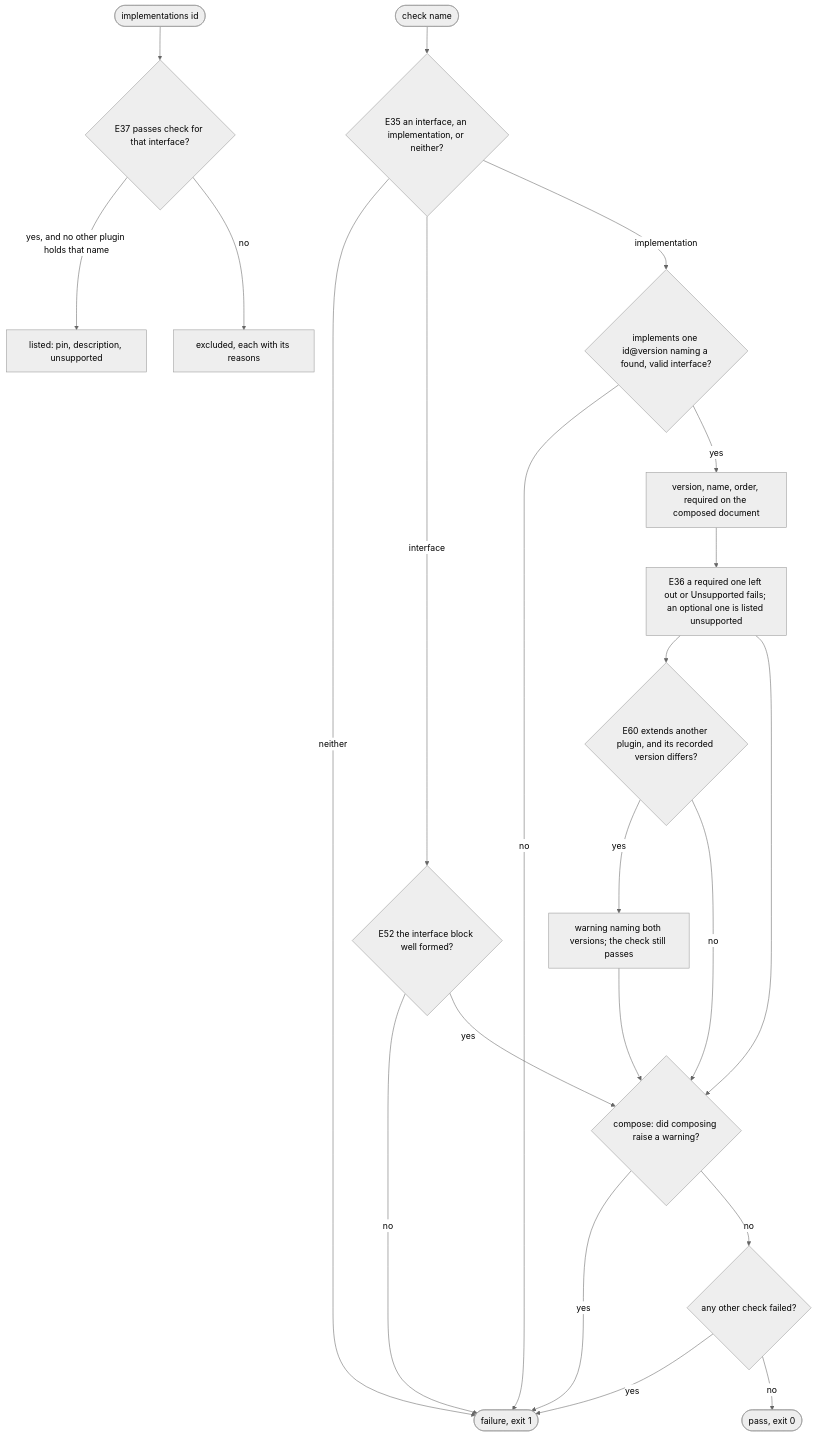
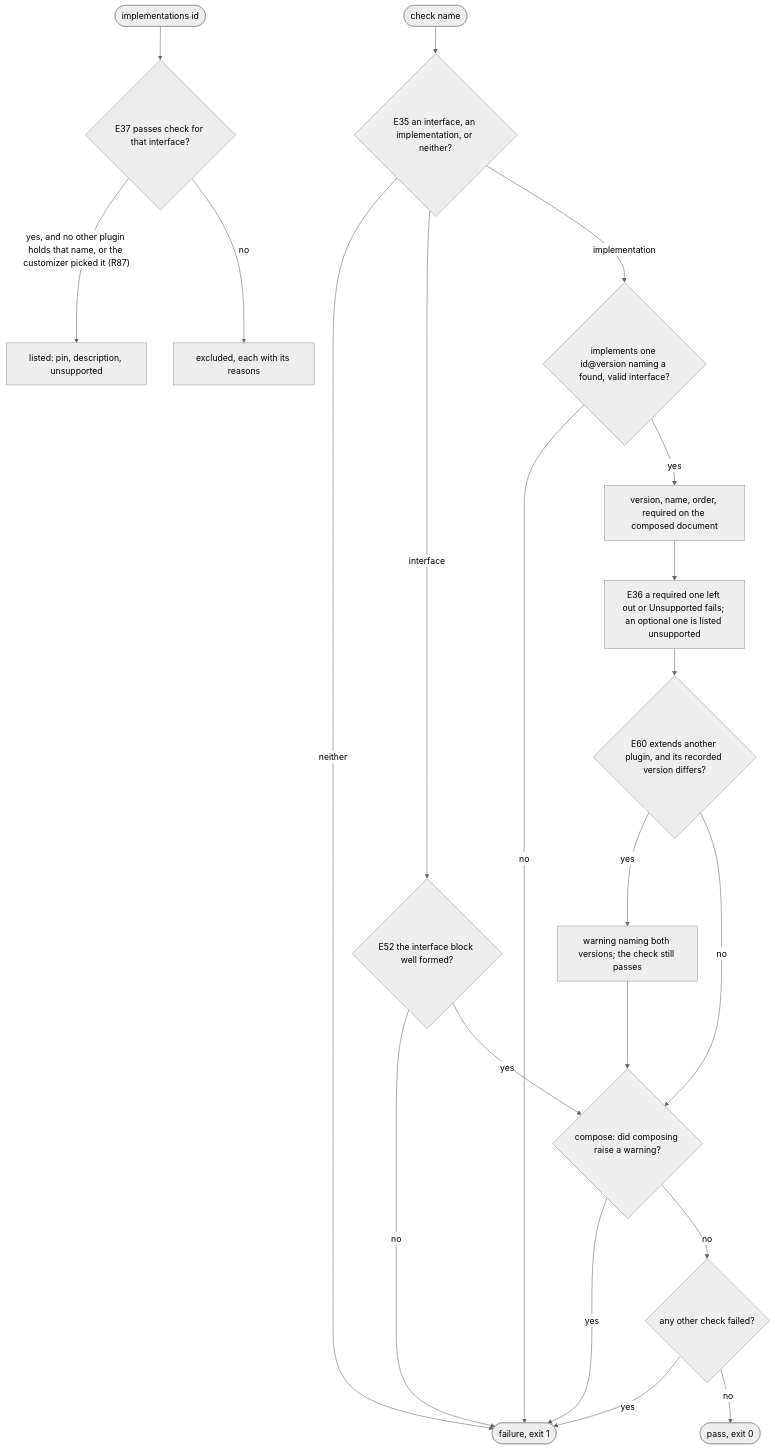
The diagram in packages/cyber-agentkit/.agents/spec/reference/interfaces/graph.md (cyber-uni/cyber-agentkit), drawn with Mermaid (neutral theme) before and after one commit. The commit also changed 9 other files, not shown here.

````diff
--- a/packages/cyber-agentkit/.agents/spec/reference/interfaces/graph.md
+++ b/packages/cyber-agentkit/.agents/spec/reference/interfaces/graph.md
@@ -8,24 +8,24 @@
 ```mermaid
 flowchart TD
   k([check name]) --> kind{"E35 an interface, an implementation, or neither?"}
   kind -->|neither| kf([failure, exit 1])
   kind -->|interface| shape{"E52 the interface block well formed?"}
   shape -->|no| kf
   shape -->|yes| comp
   kind -->|implementation| found{"implements one id@version naming a found, valid interface?"}
   found -->|no| kf
   found -->|yes| checks["version, name, order, required on the composed document"]
   checks --> sections["E36 a required one left out or Unsupported fails; an optional one is listed unsupported"]
   sections --> base{"E60 extends another plugin, and its recorded version differs?"}
   base -->|yes| bw["warning naming both versions; the check still passes"]
   base -->|no| comp
   bw --> comp
-  sections --> comp{"compose: did composing raise a warning?"}
+  comp{"compose: did composing raise a warning?"}
   comp -->|yes| kf
   comp -->|no| ok{any other check failed?}
   ok -->|yes| kf
   ok -->|no| kp([pass, exit 0])
   i([implementations id]) --> pass{"E37 passes check for that interface?"}
-  pass -->|"yes, and no other plugin holds that name"| listed["listed: pin, description, unsupported"]
+  pass -->|"yes, and no other plugin holds that name, or the customizer picked it (R87)"| listed["listed: pin, description, unsupported"]
   pass -->|no| excl[excluded, each with its reasons]
 ```
````
